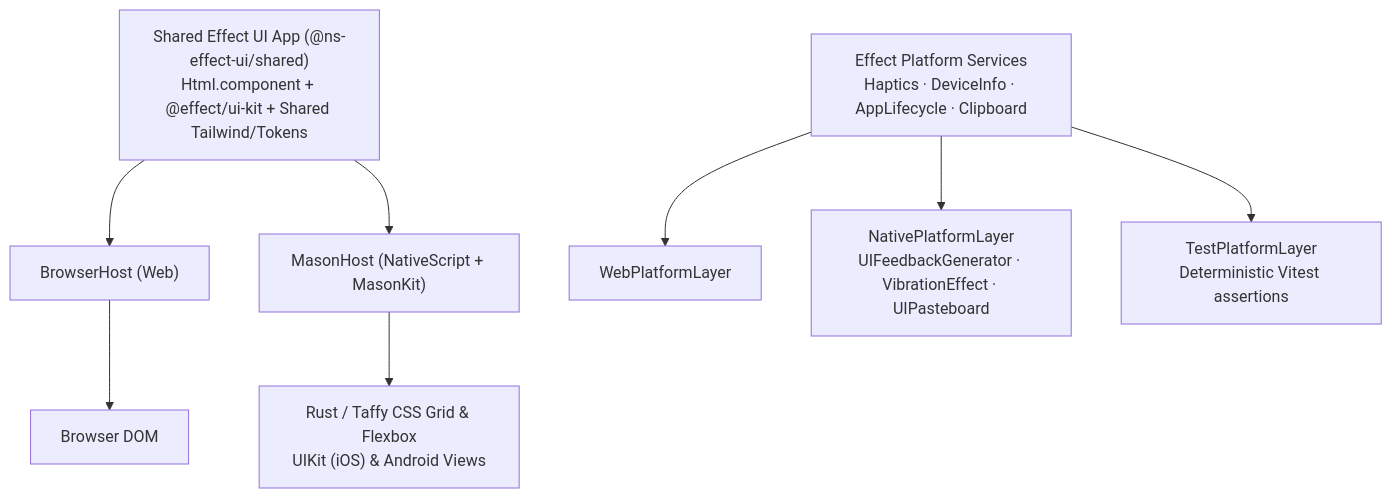
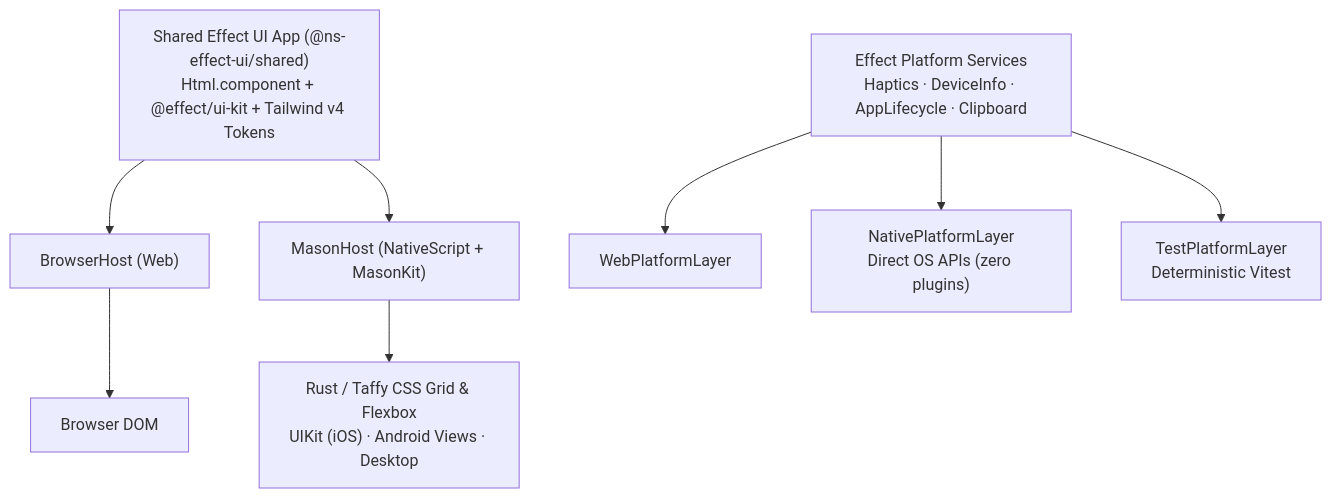
The diagram in README.md (nstudio/ns-effect-ui), drawn with Mermaid before and after one commit. The commit also changed other lines of this file, not shown here.

Commit message:
docs: expand README with architecture, purpose, and multi-platform roadmap (iOS, Android, macOS, Windows, Linux)

````diff
--- a/README.md
+++ b/README.md
@@ -7,10 +48,10 @@
 ```mermaid
 flowchart TD
-  A["Shared Effect UI App (@ns-effect-ui/shared)<br/>Html.component + @effect/ui-kit + Shared Tailwind/Tokens"] --> B["BrowserHost (Web)"]
+  A["Shared Effect UI App (@ns-effect-ui/shared)<br/>Html.component + @effect/ui-kit + Tailwind v4 Tokens"] --> B["BrowserHost (Web)"]
   A --> C["MasonHost (NativeScript + MasonKit)"]
   B --> D["Browser DOM"]
-  C --> E["Rust / Taffy CSS Grid & Flexbox<br/>UIKit (iOS) & Android Views"]
+  C --> E["Rust / Taffy CSS Grid & Flexbox<br/>UIKit (iOS) · Android Views · Desktop"]
   F["Effect Platform Services<br/>Haptics · DeviceInfo · AppLifecycle · Clipboard"] --> G["WebPlatformLayer"]
-  F --> H["NativePlatformLayer<br/>UIFeedbackGenerator · VibrationEffect · UIPasteboard"]
-  F --> I["TestPlatformLayer<br/>Deterministic Vitest assertions"]
+  F --> H["NativePlatformLayer<br/>Direct OS APIs (zero plugins)"]
+  F --> I["TestPlatformLayer<br/>Deterministic Vitest"]
 ```
````
